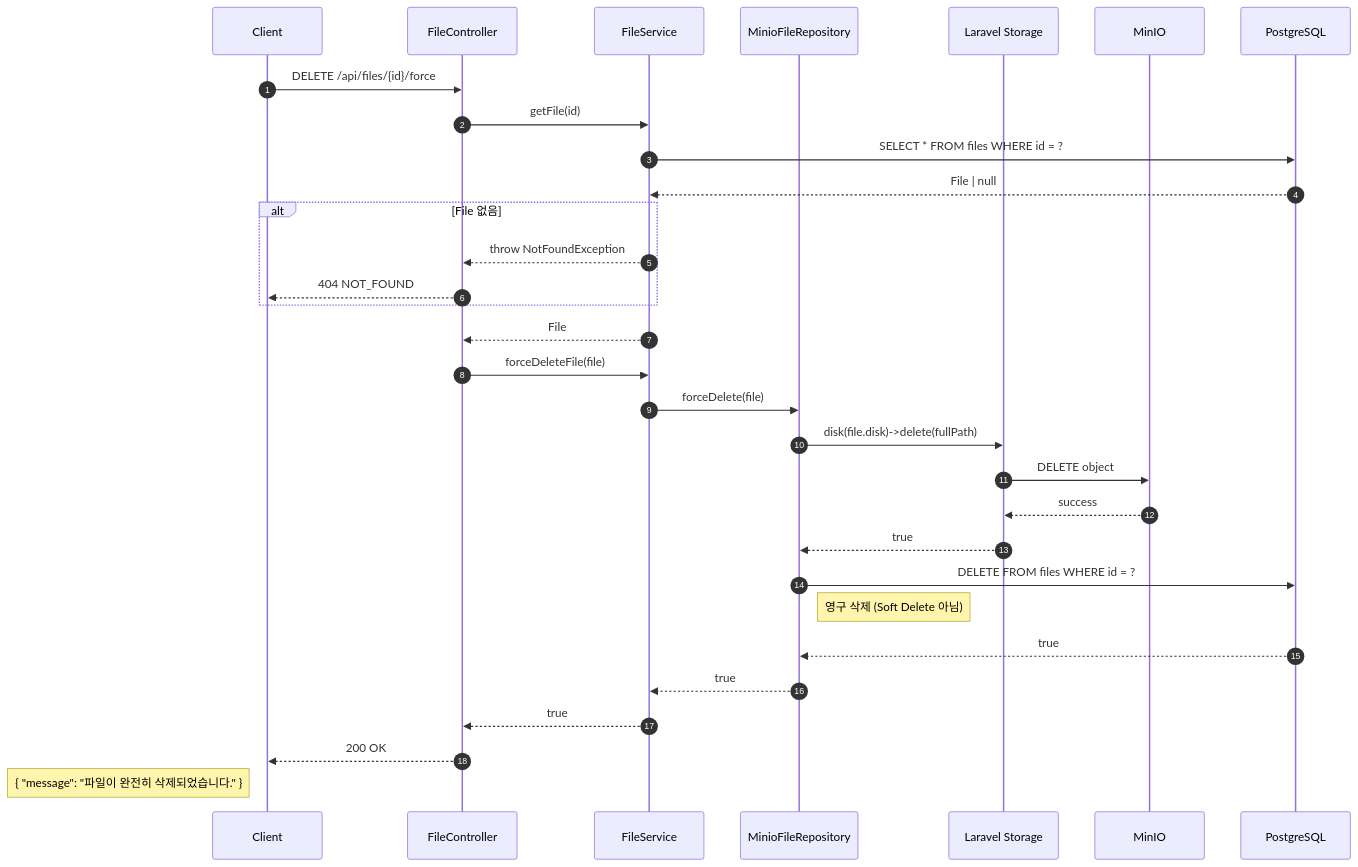
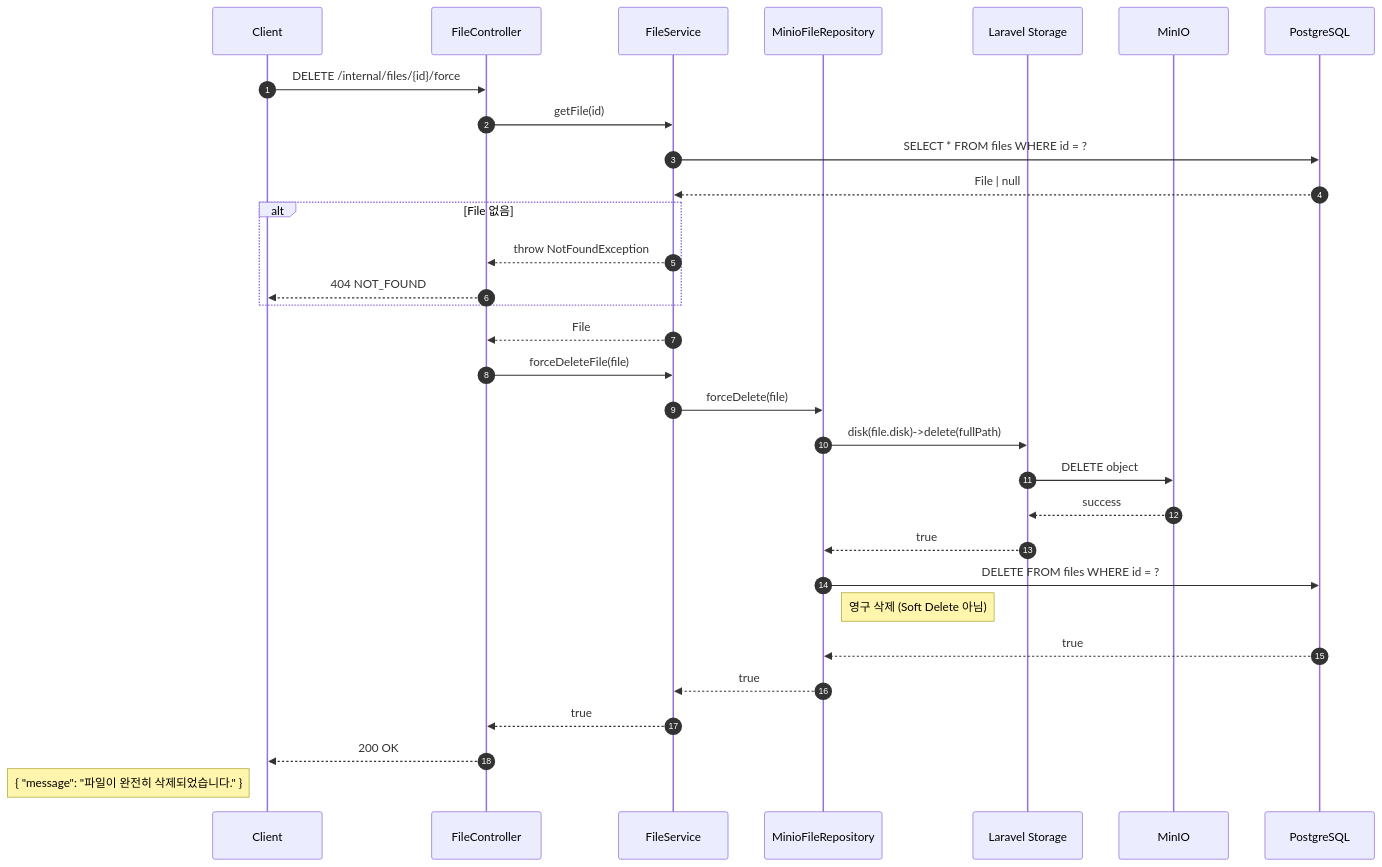
One commit to shaul1991/toy-core-system changed the fifth of 5 diagrams in docs/FILE.md. Above: the diagram before and after it, drawn with Mermaid. The commit also changed other lines of this file and 7 other files, not shown here.

````diff
--- a/docs/FILE.md
+++ b/docs/FILE.md
@@ -486,40 +486,40 @@
 ```mermaid
 sequenceDiagram
     autonumber
     participant Client
     participant Controller as FileController
     participant Service as FileService
     participant Repository as MinioFileRepository
     participant Storage as Laravel Storage
     participant MinIO
     participant DB as PostgreSQL
 
-    Client->>Controller: DELETE /api/files/{id}/force
+    Client->>Controller: DELETE /internal/files/{id}/force
     Controller->>Service: getFile(id)
 
     Service->>DB: SELECT * FROM files WHERE id = ?
     DB-->>Service: File | null
 
     alt File 없음
         Service-->>Controller: throw NotFoundException
         Controller-->>Client: 404 NOT_FOUND
     end
 
     Service-->>Controller: File
     Controller->>Service: forceDeleteFile(file)
     Service->>Repository: forceDelete(file)
 
     Repository->>Storage: disk(file.disk)->delete(fullPath)
     Storage->>MinIO: DELETE object
     MinIO-->>Storage: success
     Storage-->>Repository: true
 
     Repository->>DB: DELETE FROM files WHERE id = ?
     Note right of Repository: 영구 삭제 (Soft Delete 아님)
     DB-->>Repository: true
 
     Repository-->>Service: true
     Service-->>Controller: true
     Controller-->>Client: 200 OK
     Note left of Client: { "message": "파일이 완전히 삭제되었습니다." }
 ```
````
